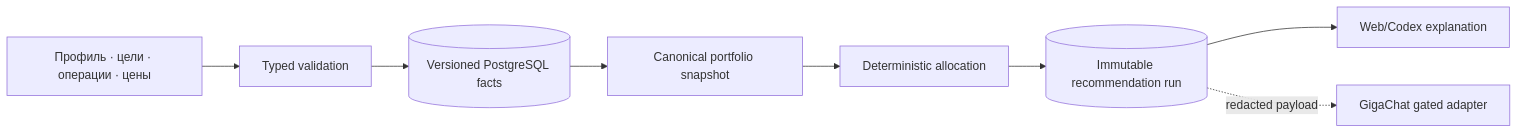
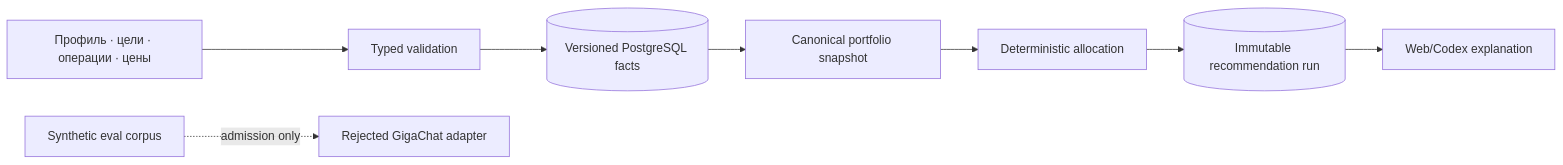
One commit to TBWTK/PatientCapital changed the diagram in docs/DATA.md. Above: the diagram before and after it, drawn with Mermaid. The commit also changed other lines of this file and 19 other files, not shown here.

````diff
--- a/docs/DATA.md
+++ b/docs/DATA.md
@@ -55,10 +59,10 @@
 ```mermaid
 flowchart LR
   Manual["Профиль · цели · операции · цены"] --> Validate["Typed validation"]
   Validate --> Ledger[("Versioned PostgreSQL facts")]
   Ledger --> Snapshot["Canonical portfolio snapshot"]
   Snapshot --> Core["Deterministic allocation"]
   Core --> Run[("Immutable recommendation run")]
   Run --> Web["Web/Codex explanation"]
-  Run -. redacted payload .-> Giga["GigaChat gated adapter"]
+  Corpus["Synthetic eval corpus"] -. admission only .-> Giga["Rejected GigaChat adapter"]
 ```
````
